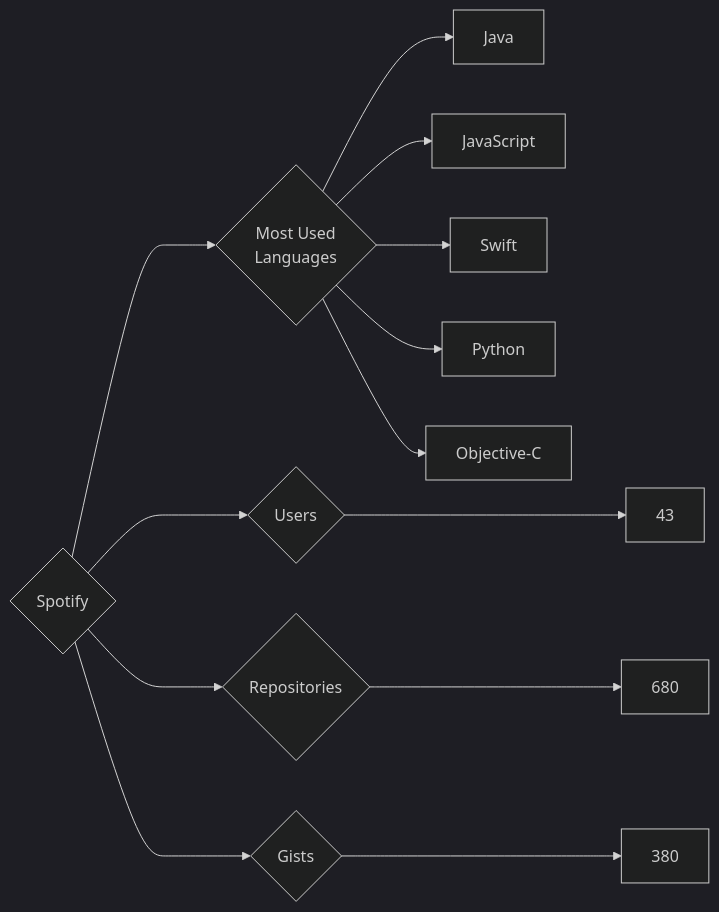
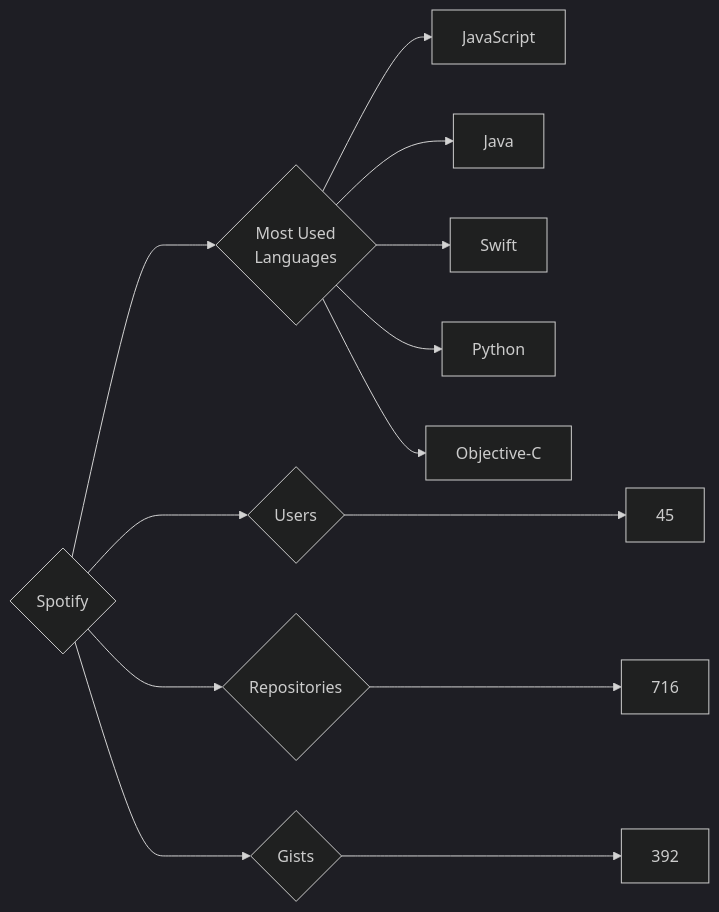
The diagram in targets/Spotify/README.md (trickest/insiders), drawn with Mermaid (dark theme) before and after one commit. The commit also changed 773 other files, not shown here.

````diff
--- a/targets/Spotify/README.md
+++ b/targets/Spotify/README.md
@@ -3,13 +3,13 @@
 ```mermaid
 graph LR
 COMPANY_NAME{Spotify}
-COMPANY_NAME ---> U{Users} ---> UN[43]
-COMPANY_NAME ---> R{Repositories} ---> RN[680]
-COMPANY_NAME ---> G{Gists} ---> GN[380]
+COMPANY_NAME ---> U{Users} ---> UN[45]
+COMPANY_NAME ---> R{Repositories} ---> RN[716]
+COMPANY_NAME ---> G{Gists} ---> GN[392]
 COMPANY_NAME ---> ML{Most Used<br>Languages}
+ML --> JavaScript[JavaScript]
 ML --> Java[Java]
-ML --> JavaScript[JavaScript]
 ML --> Swift[Swift]
 ML --> Python[Python]
 ML --> Objective-C[Objective-C]
 ```
````
